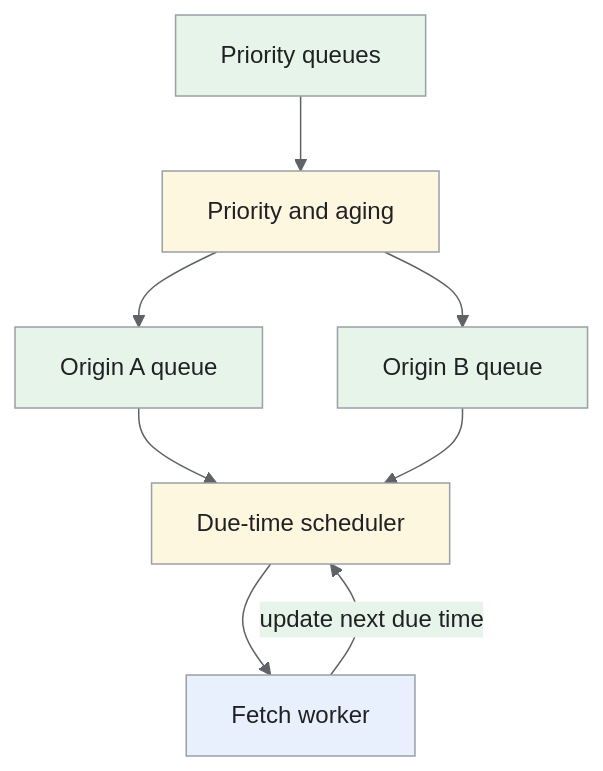
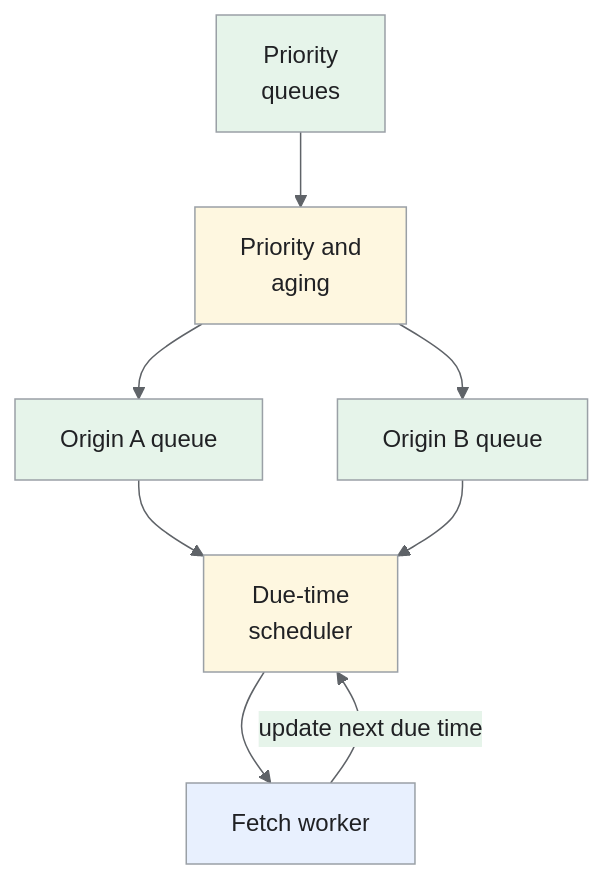
Before and after one commit to iliazlobin/iliazlobin.github.io: the fourth of 6 diagrams in _designs/system-design-web-crawler.md, drawn with Mermaid. The commit also changed other lines of this file and 116 other files, not shown here.

````diff
--- a/_designs/system-design-web-crawler.md
+++ b/_designs/system-design-web-crawler.md
@@ -253,18 +282,18 @@
 ```mermaid
-%%{init: {'theme':'base','themeVariables':{'primaryColor':'#e8f0fe','primaryTextColor':'#202124','primaryBorderColor':'#9aa0a6','lineColor':'#5f6368','secondaryColor':'#e6f4ea','tertiaryColor':'#fef7e0','actorBkg':'#e8f0fe','actorBorder':'#9aa0a6','actorTextColor':'#202124','noteBkgColor':'#fef7e0','noteTextColor':'#202124','noteBorderColor':'#9aa0a6','signalColor':'#5f6368','signalTextColor':'#202124','labelBoxBkgColor':'#fef7e0','labelBoxBorderColor':'#9aa0a6'}}}%%
+%%{init: {"theme":"base","themeVariables":{"primaryColor":"#e8f0fe","primaryBorderColor":"#9aa0a6","primaryTextColor":"#202124","secondaryColor":"#e6f4ea","tertiaryColor":"#fef7e0","lineColor":"#5f6368","actorBkg":"#e8f0fe","actorBorder":"#9aa0a6","actorTextColor":"#202124","noteBkgColor":"#fef7e0","noteBorderColor":"#9aa0a6","noteTextColor":"#202124","signalColor":"#5f6368","signalTextColor":"#202124"}}}%%
 flowchart TB
-  P["Priority queues"] --> S["Priority and aging"]
+  P["Priority<br>queues"] --> S["Priority and<br>aging"]
   S --> A["Origin A queue"]
   S --> B["Origin B queue"]
-  A --> H["Due-time scheduler"]
+  A --> H["Due-time<br>scheduler"]
   B --> H
   H --> W["Fetch worker"]
   W -->|update next due time| H
 classDef request fill:#e8f0fe,stroke:#9aa0a6,color:#202124;
 classDef data fill:#e6f4ea,stroke:#9aa0a6,color:#202124;
 classDef control fill:#fef7e0,stroke:#9aa0a6,color:#202124;
 class W request;
 class P,A,B data;
 class S,H control;
 
 ```
````
